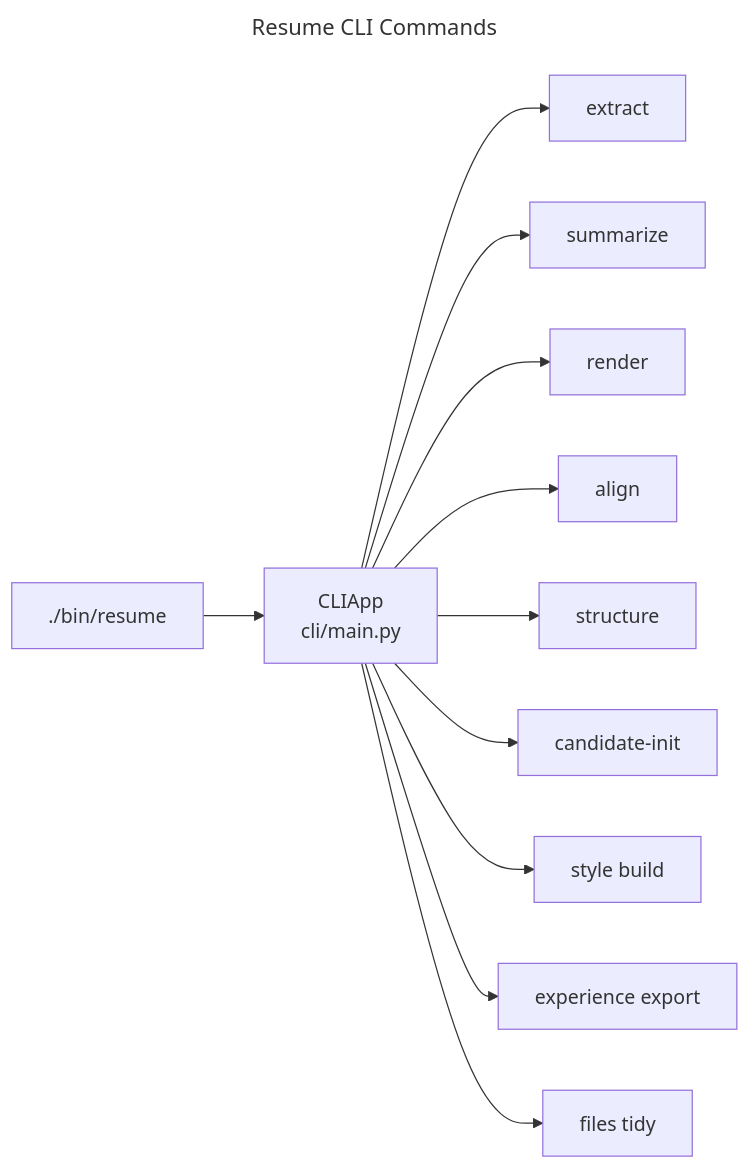
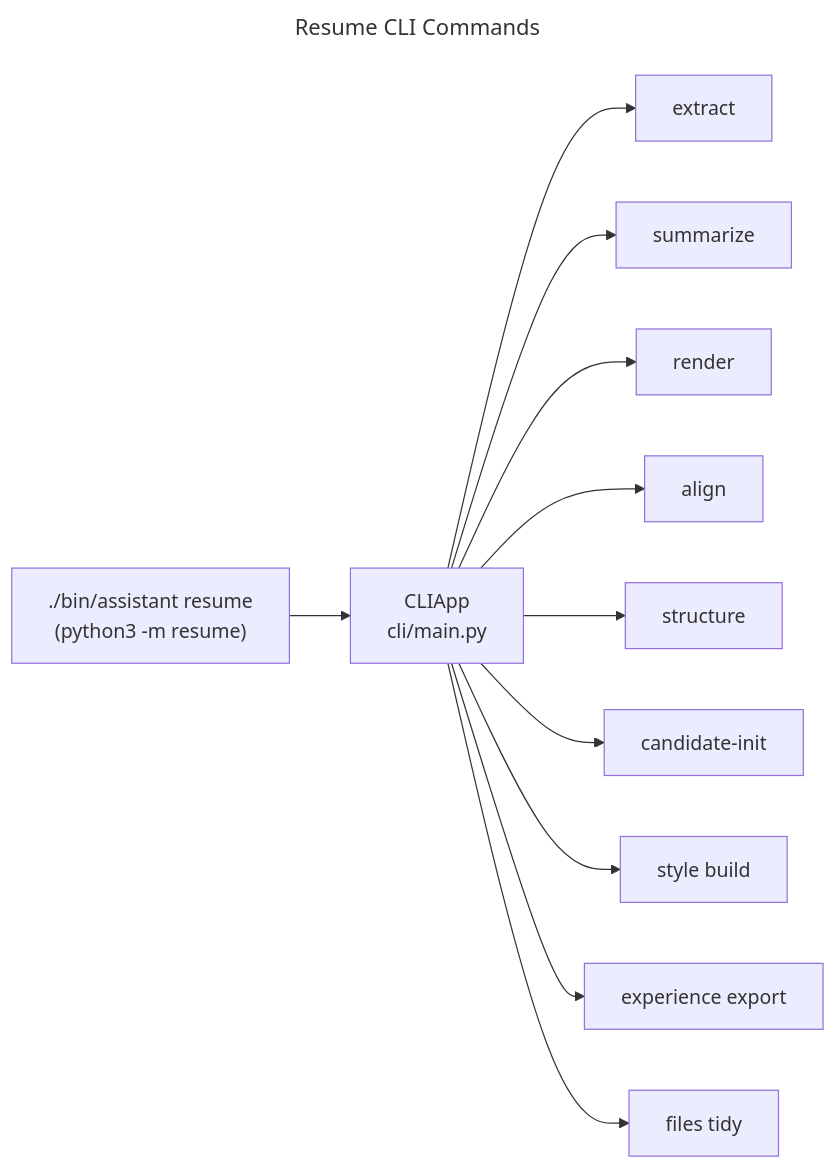
One commit to dancing-bear-show/dancing-bear changed the first of 2 diagrams in src/resume/README.md. Above: the diagram before and after it, drawn with Mermaid. The commit also changed other lines of this file and 5 other files, not shown here.

First line of the commit message:
docs: fix 10 diagram inaccuracies found sweeping the remaining 17 blocks

````diff
--- a/src/resume/README.md
+++ b/src/resume/README.md
@@ -11,28 +11,28 @@
 ```mermaid
 ---
 title: Resume CLI Commands
 ---
 flowchart LR
-    cli["./bin/resume"]
+    cli["./bin/assistant resume\n(python3 -m resume)"]
     app["CLIApp\ncli/main.py"]
     extract["extract"]
     summarize["summarize"]
     render["render"]
     align["align"]
     structure["structure"]
     candidate["candidate-init"]
     stylebuild["style build"]
     experience["experience export"]
     files["files tidy"]
 
     cli --> app
     app --> extract
     app --> summarize
     app --> render
     app --> align
     app --> structure
     app --> candidate
     app --> stylebuild
     app --> experience
     app --> files
 ```
````
